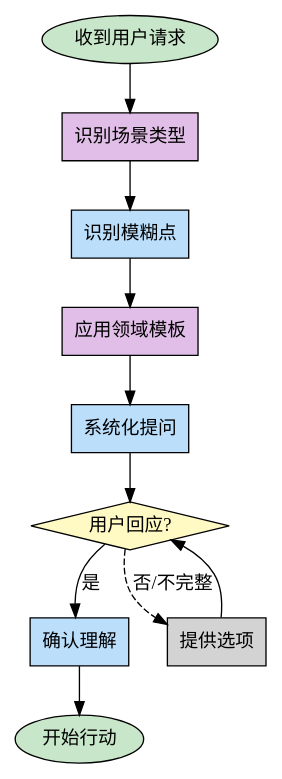
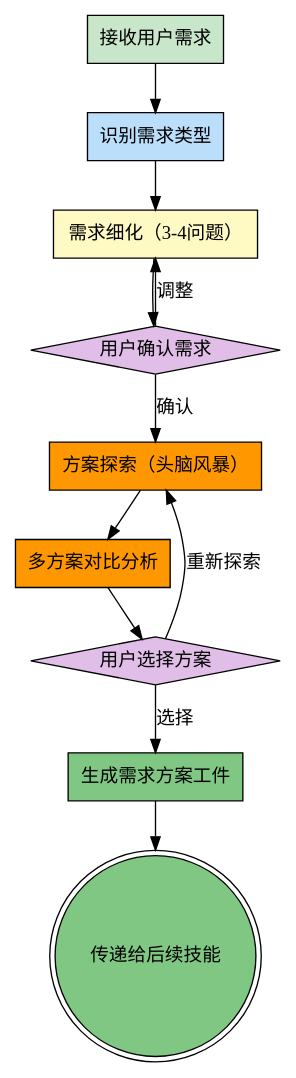
One commit to konglong87/methodology-skills changed the diagram in skills/prompt-enhancer/SKILL.md. Above: the diagram before and after it, drawn with Graphviz. The commit also changed other lines of this file and 4 other files, not shown here.

````diff
--- a/skills/prompt-enhancer/SKILL.md
+++ b/skills/prompt-enhancer/SKILL.md
@@ -203,25 +96,26 @@
 ```dot
-digraph clarification_process {
+digraph prompt_enhancer {
     rankdir=TB;
-    node [shape=box, style=filled];
 
-    "收到用户请求" [shape=ellipse, fillcolor="#c8e6c9"];
-    "识别场景类型" [fillcolor="#e1bee7"];
-    "识别模糊点" [fillcolor="#bbdefb"];
-    "应用领域模板" [fillcolor="#e1bee7"];
-    "系统化提问" [fillcolor="#bbdefb"];
-    "用户回应?" [shape=diamond, fillcolor="#fff9c4"];
-    "确认理解" [fillcolor="#bbdefb"];
-    "开始行动" [shape=ellipse, fillcolor="#c8e6c9"];
+    "接收用户需求" [shape=box, style=filled, fillcolor="#c8e6c9"];
+    "识别需求类型" [shape=box, style=filled, fillcolor="#bbdefb"];
+    "需求细化（3-4问题）" [shape=box, style=filled, fillcolor="#fff9c4"];
+    "用户确认需求" [shape=diamond, style=filled, fillcolor="#e1bee7"];
+    "方案探索（头脑风暴）" [shape=box, style=filled, fillcolor="#ff9800"];
+    "多方案对比分析" [shape=box, style=filled, fillcolor="#ff9800"];
+    "用户选择方案" [shape=diamond, style=filled, fillcolor="#e1bee7"];
+    "生成需求方案工件" [shape=box, style=filled, fillcolor="#81c784"];
+    "传递给后续技能" [shape=doublecircle, style=filled, fillcolor="#81c784"];
 
-    "收到用户请求" -> "识别场景类型";
-    "识别场景类型" -> "识别模糊点";
-    "识别模糊点" -> "应用领域模板";
-    "应用领域模板" -> "系统化提问";
-    "系统化提问" -> "用户回应?";
-    "用户回应?" -> "确认理解" [label="是"];
-    "用户回应?" -> "提供选项" [label="否/不完整" style=dashed];
-    "提供选项" -> "用户回应?";
-    "确认理解" -> "开始行动";
+    "接收用户需求" -> "识别需求类型";
+    "识别需求类型" -> "需求细化（3-4问题）";
+    "需求细化（3-4问题）" -> "用户确认需求";
+    "用户确认需求" -> "方案探索（头脑风暴）" [label="确认"];
+    "用户确认需求" -> "需求细化（3-4问题）" [label="调整"];
+    "方案探索（头脑风暴）" -> "多方案对比分析";
+    "多方案对比分析" -> "用户选择方案";
+    "用户选择方案" -> "生成需求方案工件" [label="选择"];
+    "用户选择方案" -> "方案探索（头脑风暴）" [label="重新探索"];
+    "生成需求方案工件" -> "传递给后续技能";
 }
 ```
````
